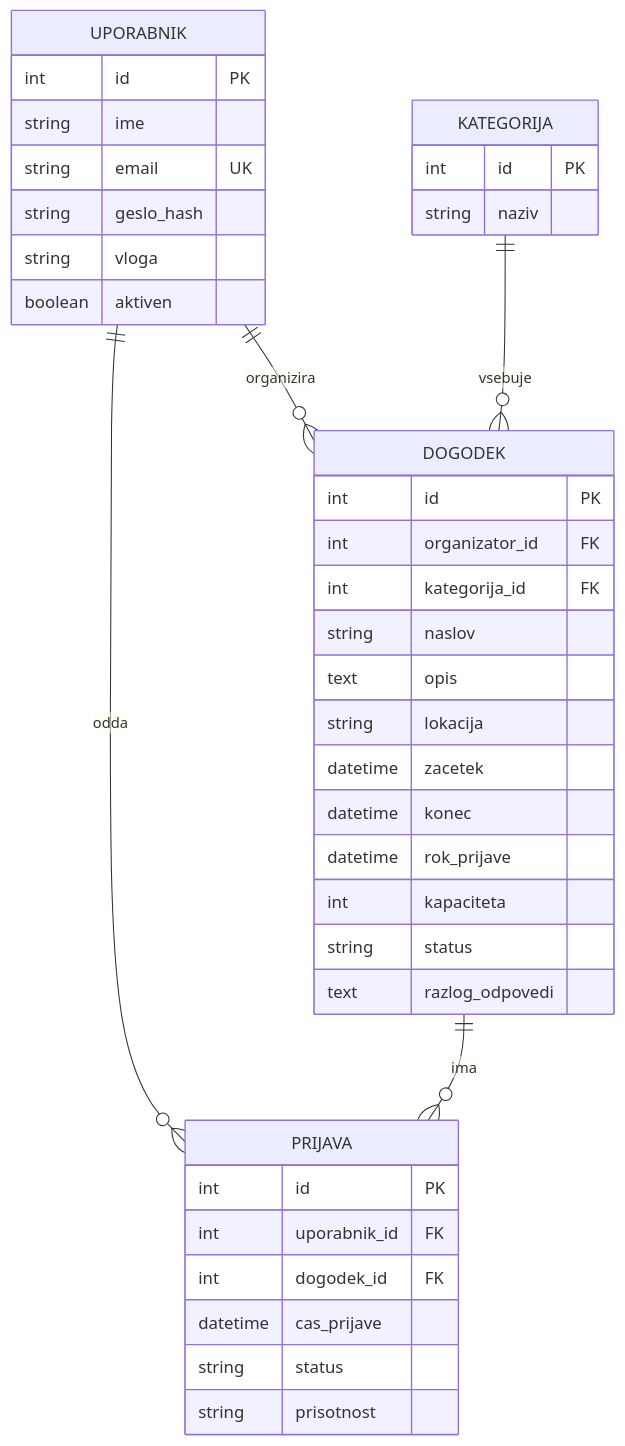
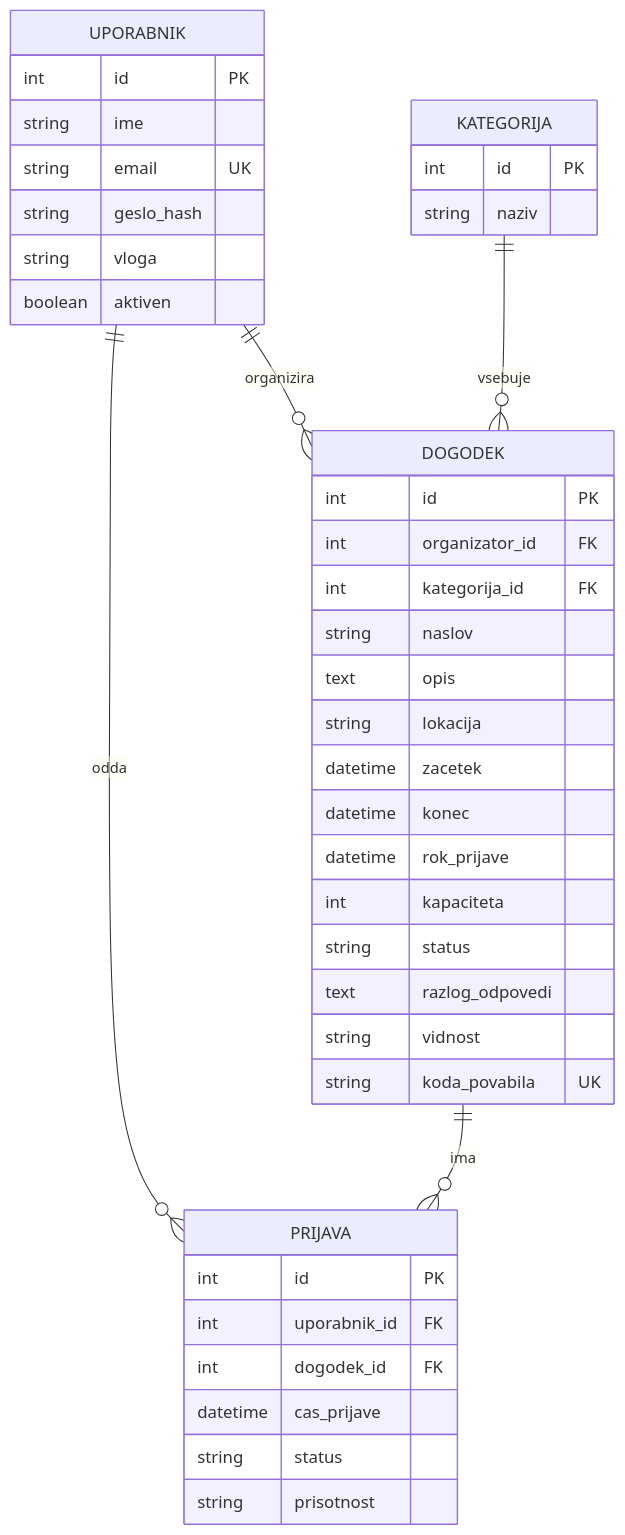
One commit to delimanchev/eventtide changed the diagram in 03-podatkovni-model.md. Above: the diagram before and after it, drawn with Mermaid. The commit also changed other lines of this file, not shown here.

````diff
--- a/03-podatkovni-model.md
+++ b/03-podatkovni-model.md
@@ -7,45 +7,47 @@
 ```mermaid
 erDiagram
     UPORABNIK ||--o{ DOGODEK : organizira
     KATEGORIJA ||--o{ DOGODEK : vsebuje
     UPORABNIK ||--o{ PRIJAVA : odda
     DOGODEK ||--o{ PRIJAVA : ima
 
     UPORABNIK {
         int id PK
         string ime
         string email UK
         string geslo_hash
         string vloga
         boolean aktiven
     }
 
     KATEGORIJA {
         int id PK
         string naziv
     }
 
     DOGODEK {
         int id PK
         int organizator_id FK
         int kategorija_id FK
         string naslov
         text opis
         string lokacija
         datetime zacetek
         datetime konec
         datetime rok_prijave
         int kapaciteta
         string status
         text razlog_odpovedi
+        string vidnost
+        string koda_povabila UK
     }
 
     PRIJAVA {
         int id PK
         int uporabnik_id FK
         int dogodek_id FK
         datetime cas_prijave
         string status
         string prisotnost
     }
 ```
````
